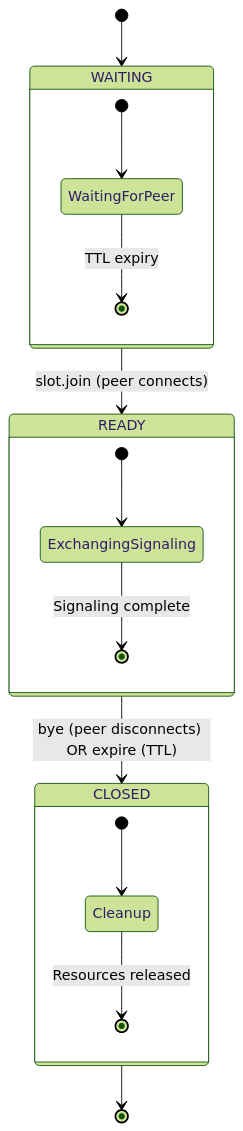
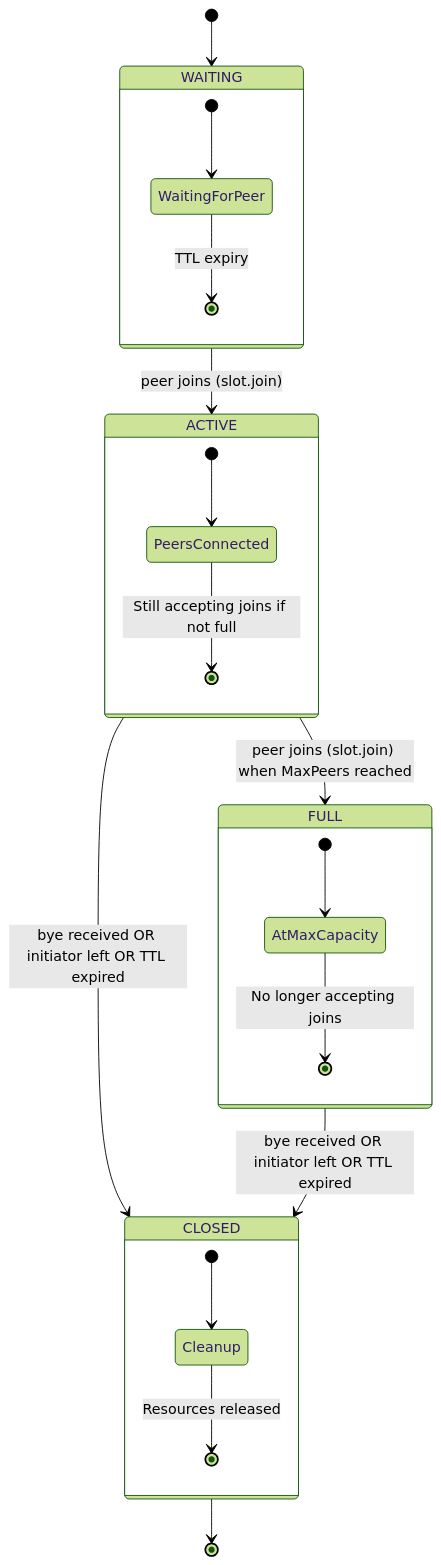
The diagram in openwiki/domain-concepts/overview.md (iamdoubz/gmmff), drawn with Mermaid (forest theme) before and after one commit. The commit also changed other lines of this file and 25 other files, not shown here.

````diff
--- a/openwiki/domain-concepts/overview.md
+++ b/openwiki/domain-concepts/overview.md
@@ -76,22 +161,29 @@
 ```mermaid
 stateDiagram-v2
     [*] --> WAITING
-    WAITING --> READY: slot.join (peer connects)
-    READY --> CLOSED: bye (peer disconnects) OR expire (TTL)
+    WAITING --> ACTIVE: peer joins (slot.join)
+    ACTIVE --> FULL: peer joins (slot.join) when MaxPeers reached
+    ACTIVE --> CLOSED: bye received OR initiator left OR TTL expired
+    FULL --> CLOSED: bye received OR initiator left OR TTL expired
     CLOSED --> [*]
     
     state WAITING {
         [*] --> WaitingForPeer
         WaitingForPeer --> [*]: TTL expiry
     }
     
-    state READY {
-        [*] --> ExchangingSignaling
-        ExchangingSignaling --> [*]: Signaling complete
+    state ACTIVE {
+        [*] --> PeersConnected
+        PeersConnected --> [*]: Still accepting joins if not full
+    }
+    
+    state FULL {
+        [*] --> AtMaxCapacity
+        AtMaxCapacity --> [*]: No longer accepting joins
     }
     
     state CLOSED {
         [*] --> Cleanup
         Cleanup --> [*]: Resources released
     }
 ```
````
